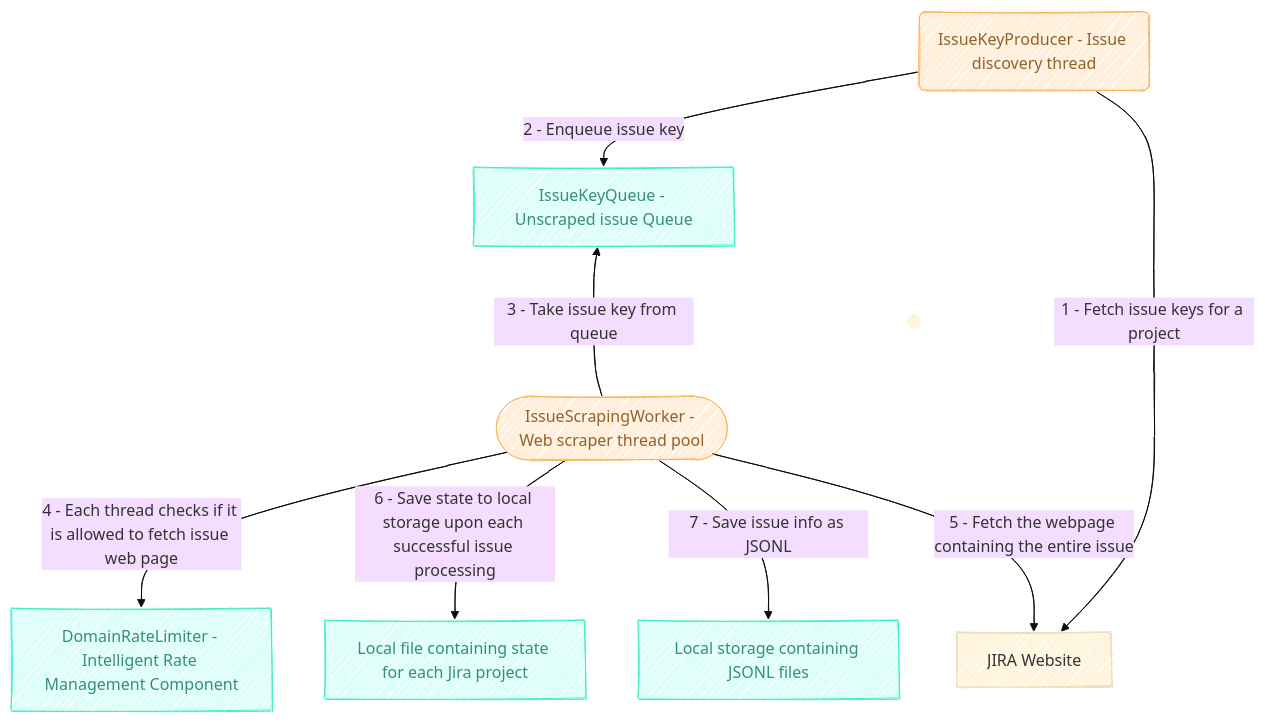
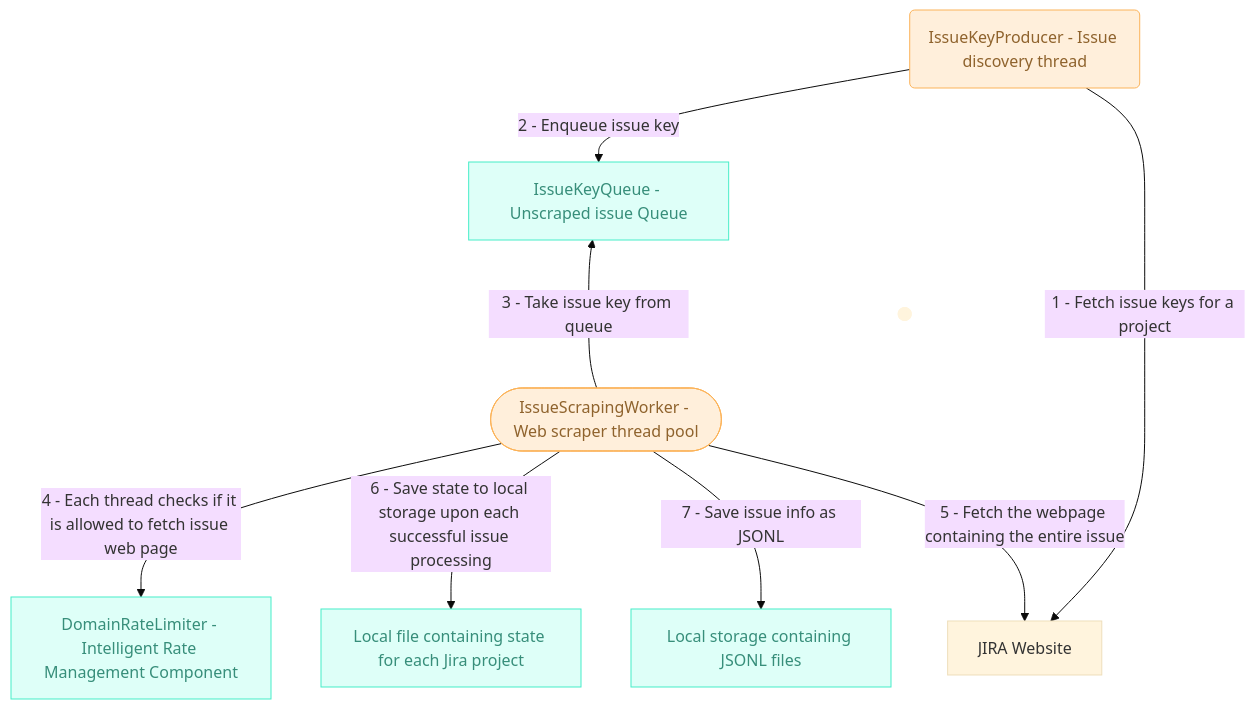
Before and after one commit to nakulh/JIRA-CRAWLER: the diagram in README.md, drawn with Mermaid (base theme).

Commit message:
updadte readme

````diff
--- a/README.md
+++ b/README.md
@@ -6,32 +6,28 @@
 ```mermaid
----
-config:
-  look: handDrawn
----
 flowchart TD
     A["IssueKeyProducer - Issue discovery thread"] -- "2 - Enqueue issue key" --> B["IssueKeyQueue - Unscraped issue Queue"]
     A -- "1 - Fetch issue keys for a project" --> n1["JIRA Website"]
     A ~~~ D1[" "]
     B ~~~ D1
     n1 ~~~ D1
     D1 ~~~ C(["IssueScrapingWorker - Web scraper thread pool"])
     C -- "3 - Take issue key from queue" --> B
     C -- "4 - Each thread checks if it is allowed to fetch issue web page" --> n2["DomainRateLimiter - Intelligent Rate Management Component"]
     C -- "5 - Fetch the webpage containing the entire issue" --> n1
     C -- "6 - Save state to local storage upon each successful issue processing" --> n3["Local file containing state for each Jira project"]
     C -- "7 - Save issue info as JSONL" --> n4["Local storage containing JSONL files"]
     A@{ shape: rounded}
     B@{ shape: rect}
     n1@{ shape: rect}
     D1@{ shape: fr-circ}
      A:::Peach
      B:::Aqua
      C:::Peach
      n2:::Aqua
      n3:::Aqua
      n4:::Aqua
     classDef Peach stroke-width:1px, stroke-dasharray:none, stroke:#FBB35A, fill:#FFEFDB, color:#8F632D
     classDef Aqua stroke-width:1px, stroke-dasharray:none, stroke:#46EDC8, fill:#DEFFF8, color:#378E7A
     style D1 stroke-width:1px,stroke-dasharray: 1,stroke:none
     linkStyle 5 stroke:none,fill:none
 ```
````
